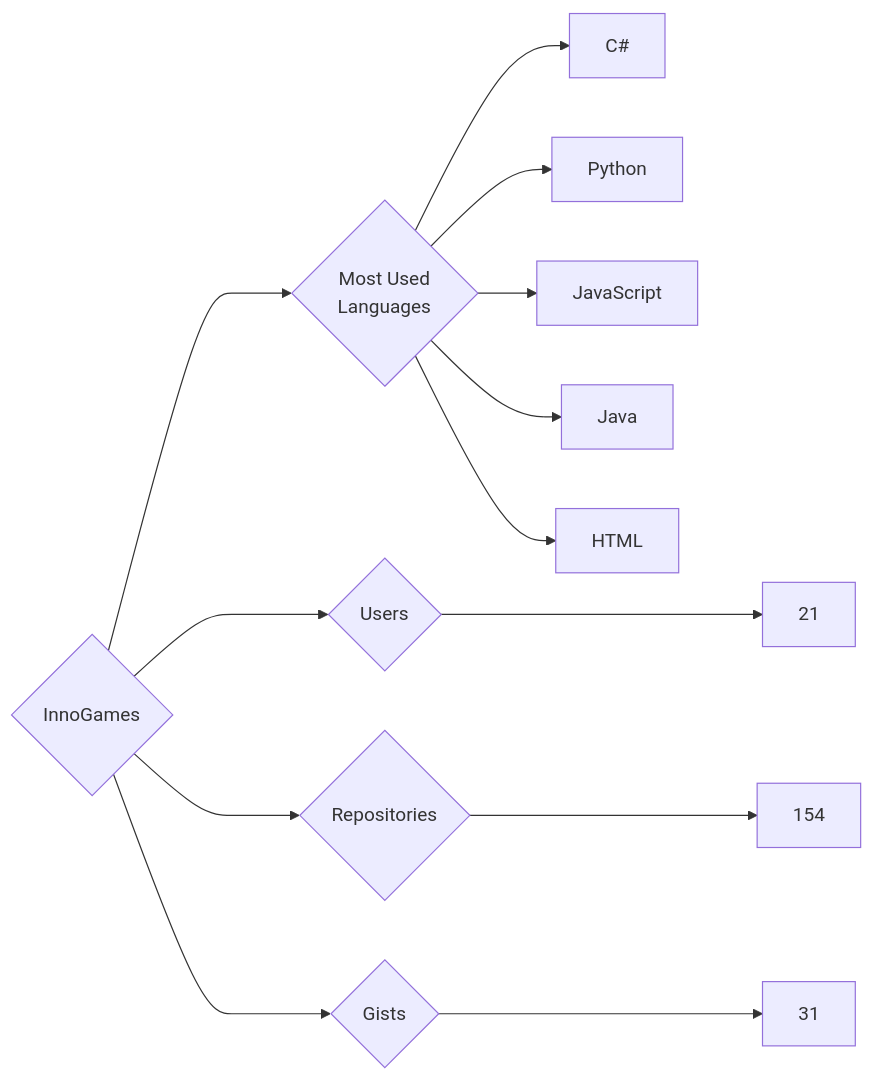
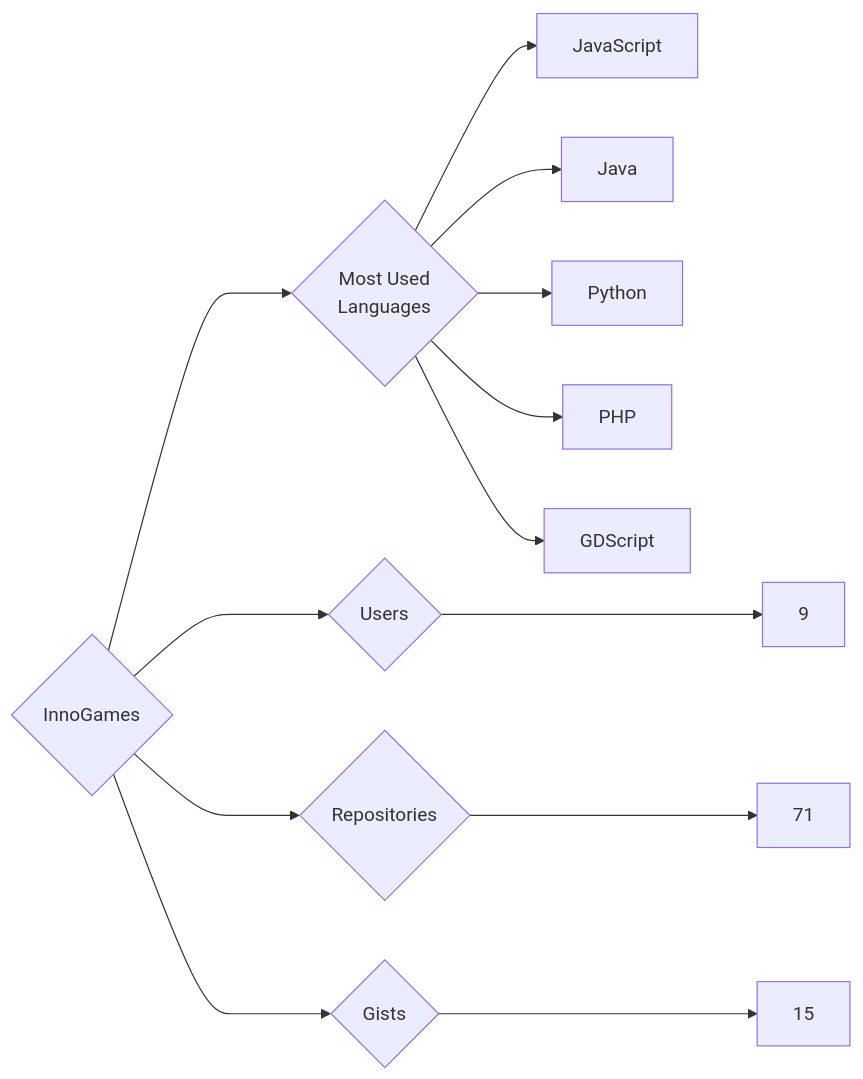
One commit to trickest/insiders changed the diagram in targets/InnoGames/README.md. Above: the diagram before and after it, drawn with Mermaid. The commit also changed 629 other files, not shown here.

````diff
--- a/targets/InnoGames/README.md
+++ b/targets/InnoGames/README.md
@@ -3,13 +3,13 @@
 ```mermaid
 graph LR
 COMPANY_NAME{InnoGames}
-COMPANY_NAME ---> U{Users} ---> UN[21]
-COMPANY_NAME ---> R{Repositories} ---> RN[154]
-COMPANY_NAME ---> G{Gists} ---> GN[31]
+COMPANY_NAME ---> U{Users} ---> UN[9]
+COMPANY_NAME ---> R{Repositories} ---> RN[71]
+COMPANY_NAME ---> G{Gists} ---> GN[15]
 COMPANY_NAME ---> ML{Most Used<br>Languages}
-ML --> C#[C#]
-ML --> Python[Python]
 ML --> JavaScript[JavaScript]
 ML --> Java[Java]
-ML --> HTML[HTML]
+ML --> Python[Python]
+ML --> PHP[PHP]
+ML --> GDScript[GDScript]
 ```
````
